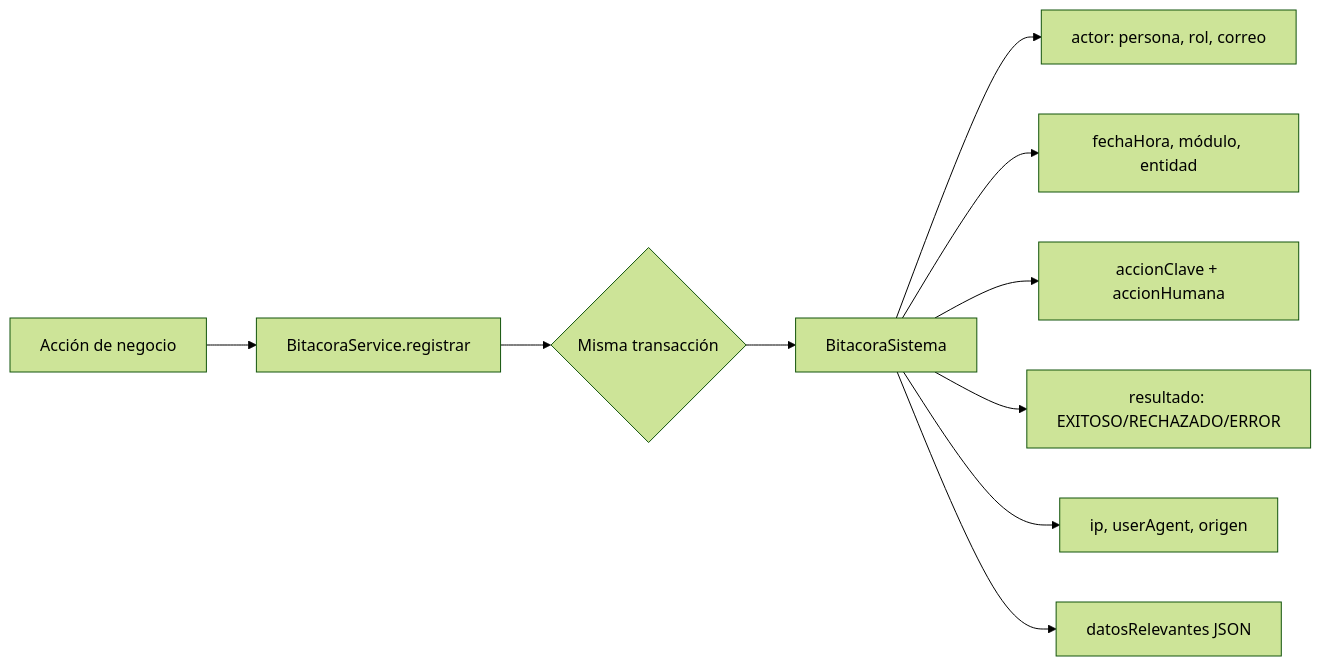
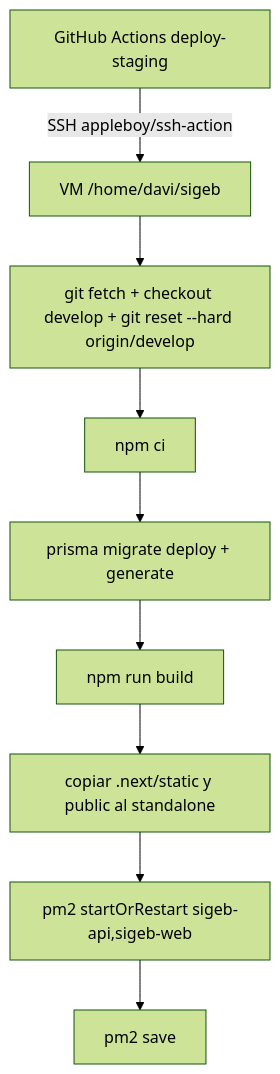
One commit to Deividcodv/proyecto-analisis-Eduviagt changed diagram 13 of 19 in docs/architecture/diagrams.md. Above: the diagram before and after it, drawn with Mermaid (forest theme). The commit also changed other lines of this file and 39 other files, not shown here.

````diff
--- a/docs/architecture/diagrams.md
+++ b/docs/architecture/diagrams.md
@@ -316,12 +311,11 @@
 ```mermaid
-flowchart LR
-    A[Acción de negocio] --> B[BitacoraService.registrar]
-    B --> C{Misma transacción}
-    C --> D[BitacoraSistema]
-    D --> E[actor: persona, rol, correo]
-    D --> F[fechaHora, módulo, entidad]
-    D --> G[accionClave + accionHumana]
-    D --> H[resultado: EXITOSO/RECHAZADO/ERROR]
-    D --> I[ip, userAgent, origen]
-    D --> J[datosRelevantes JSON]
+graph TB
+  CI[GitHub Actions deploy-staging] -->|SSH appleboy/ssh-action| VM[VM /home/davi/sigeb]
+  VM --> GIT[git fetch + checkout develop + git reset --hard origin/develop]
+  GIT --> NPM[npm ci]
+  NPM --> PRISMA[prisma migrate deploy + generate]
+  PRISMA --> BUILD[npm run build]
+  BUILD --> COPY[copiar .next/static y public al standalone]
+  COPY --> PM2[pm2 startOrRestart sigeb-api,sigeb-web]
+  PM2 --> SAVE[pm2 save]
 ```
````
